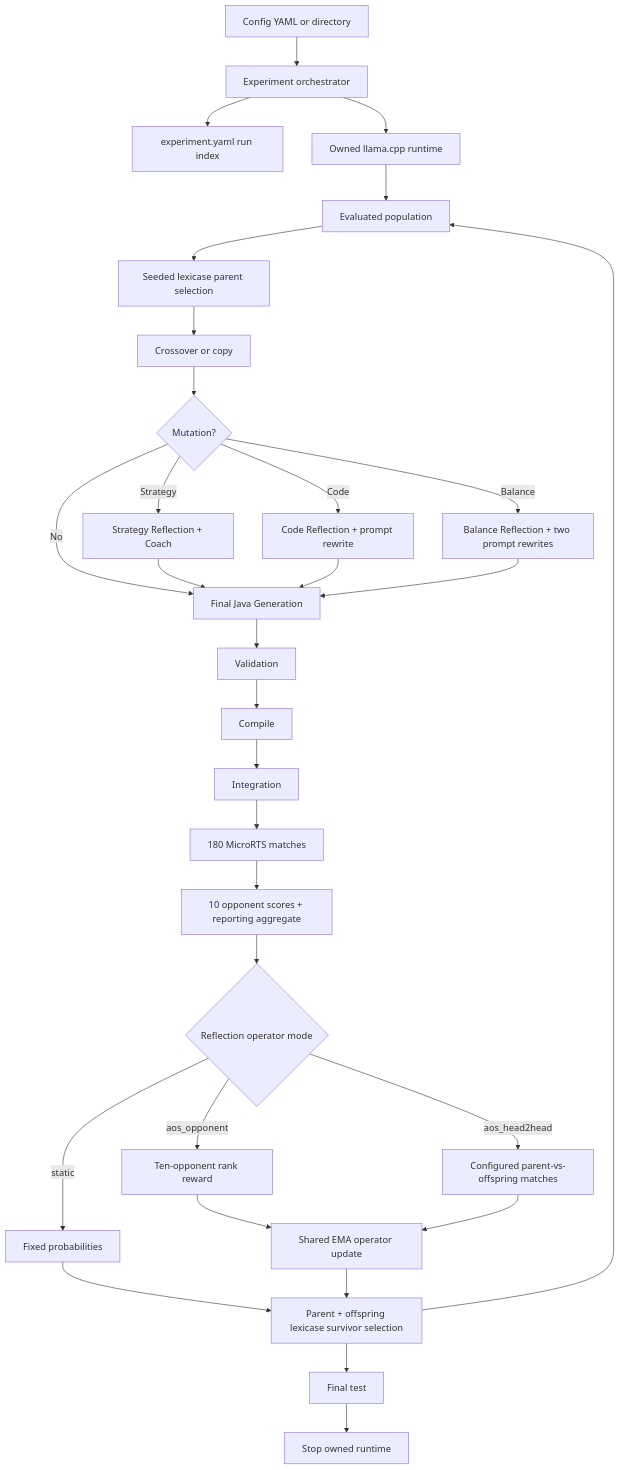
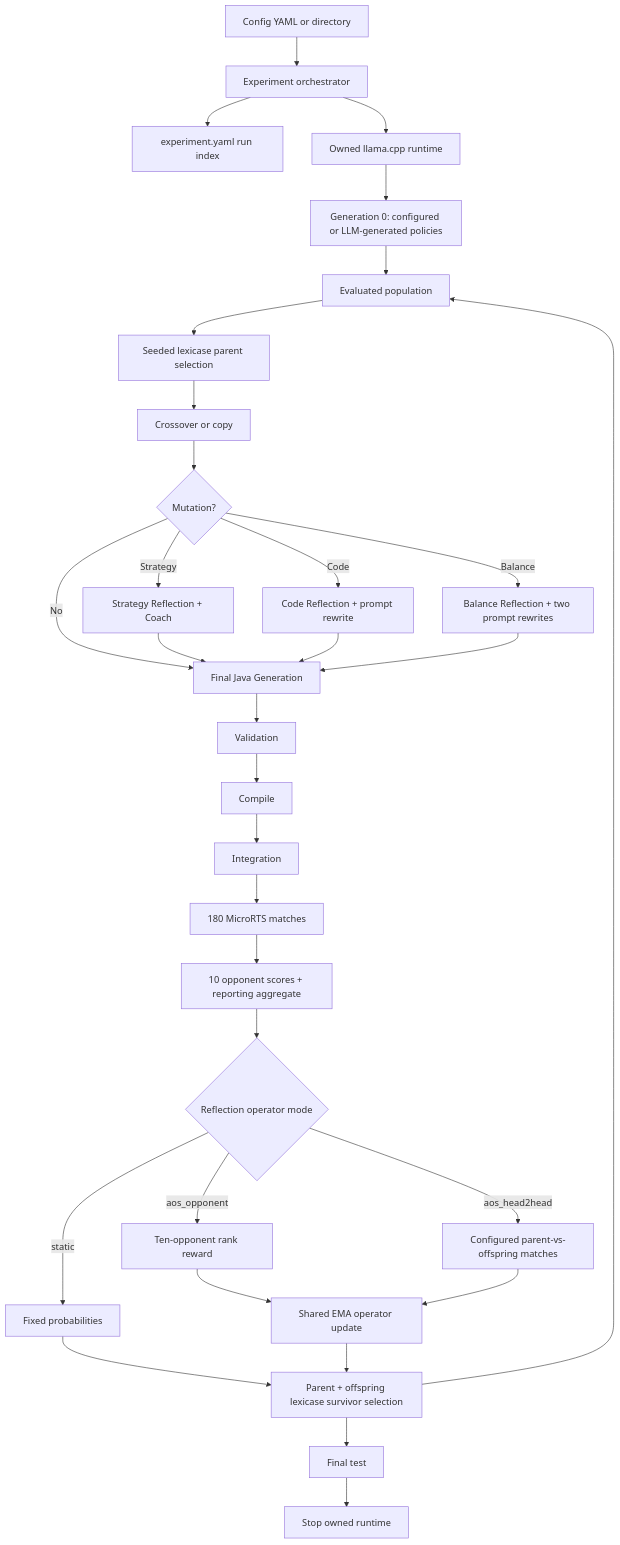
Before and after one commit to sophie8909/EAGLE: the diagram in docs/architecture/overview.md, drawn with Mermaid. The commit also changed other lines of this file and 28 other files, not shown here.

````diff
--- a/docs/architecture/overview.md
+++ b/docs/architecture/overview.md
@@ -24,30 +24,31 @@
 ```mermaid
 flowchart TD
     CFG["Config YAML or directory"] --> L["Experiment orchestrator"]
     L --> RI["experiment.yaml run index"]
     L --> RT["Owned llama.cpp runtime"]
-    RT --> P
+    RT --> Z["Generation 0: configured or LLM-generated policies"]
+    Z --> P
     P["Evaluated population"] --> S["Seeded lexicase parent selection"]
     S --> X["Crossover or copy"]
     X --> M{"Mutation?"}
     M -->|Strategy| SR["Strategy Reflection + Coach"]
     M -->|Code| CR["Code Reflection + prompt rewrite"]
     M -->|Balance| BR["Balance Reflection + two prompt rewrites"]
     M -->|No| G["Final Java Generation"]
     SR --> G
     CR --> G
     BR --> G
     G --> V["Validation"] --> C["Compile"] --> I["Integration"]
     I --> E["180 MicroRTS matches"]
     E --> O["10 opponent scores + reporting aggregate"]
     O --> R{"Reflection operator mode"}
     R -->|static| F["Fixed probabilities"]
     R -->|aos_opponent| Q["Ten-opponent rank reward"]
     R -->|aos_head2head| H["Configured parent-vs-offspring matches"]
     Q --> A["Shared EMA operator update"]
     H --> A
     F --> N["Parent + offspring lexicase survivor selection"]
     A --> N --> P
     N --> FT["Final test"]
     FT --> CL["Stop owned runtime"]
 ```
````
